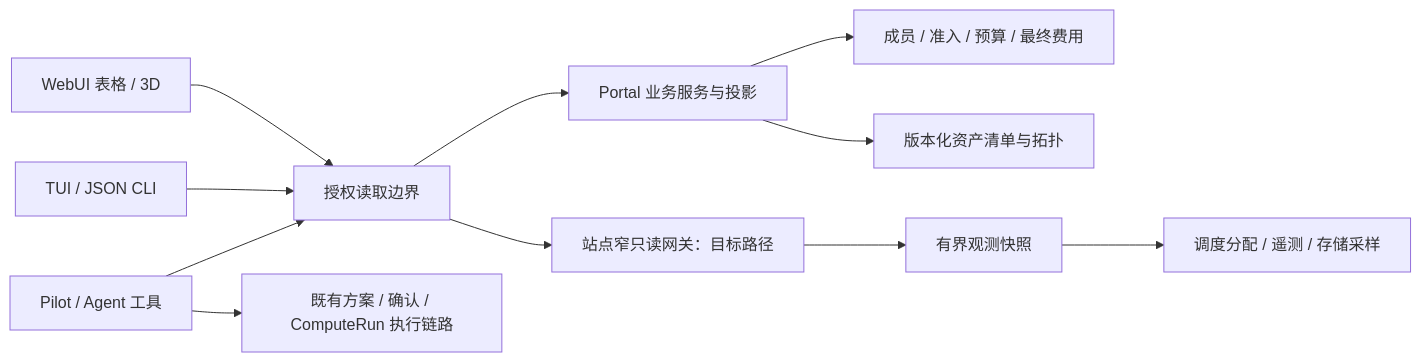
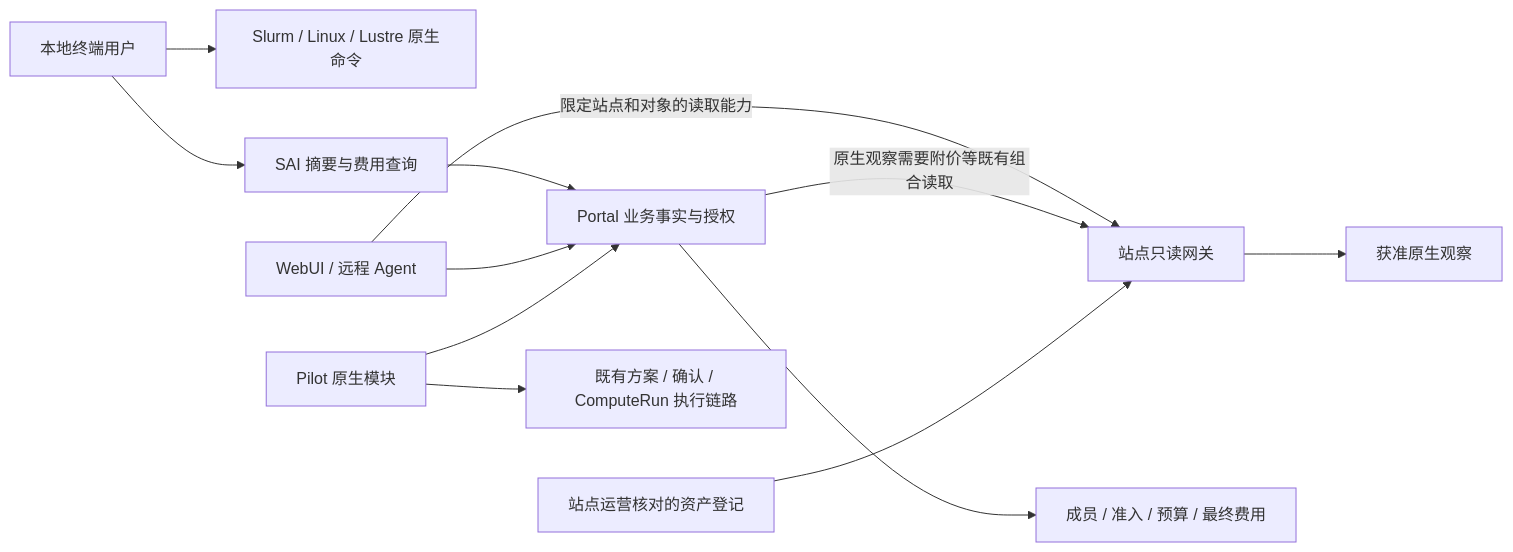
The diagram in docs/unified-workbench.md (AI4SAI/sai-cli), drawn with Mermaid before and after one commit. The commit also changed other lines of this file and 1 other file, not shown here.

````diff
--- a/docs/unified-workbench.md
+++ b/docs/unified-workbench.md
@@ -300,13 +316,14 @@
 ```mermaid
 flowchart LR
-  W[WebUI 表格 / 3D] --> R[授权读取边界]
-  T[TUI / JSON CLI] --> R
-  A[Pilot / Agent 工具] --> R
-  R --> P[Portal 业务服务与投影]
-  R --> G[站点窄只读网关：目标路径]
+  U[本地终端用户] --> N[Slurm / Linux / Lustre 原生命令]
+  U --> T[SAI 摘要与费用查询]
+  T --> P[Portal 业务事实与授权]
+  W[WebUI / 远程 Agent] --> P
+  W -->|限定站点和对象的读取能力| G[站点只读网关]
+  P -->|原生观察需要附价等既有组合读取| G
+  G --> O[获准原生观察]
   P --> C[成员 / 准入 / 预算 / 最终费用]
-  G --> O[有界观测快照]
-  O --> N[调度分配 / 遥测 / 存储采样]
-  P --> I[版本化资产清单与拓扑]
+  I[站点运营核对的资产登记] --> G
+  A[Pilot 原生模块] --> P
   A --> E[既有方案 / 确认 / ComputeRun 执行链路]
 ```
````
